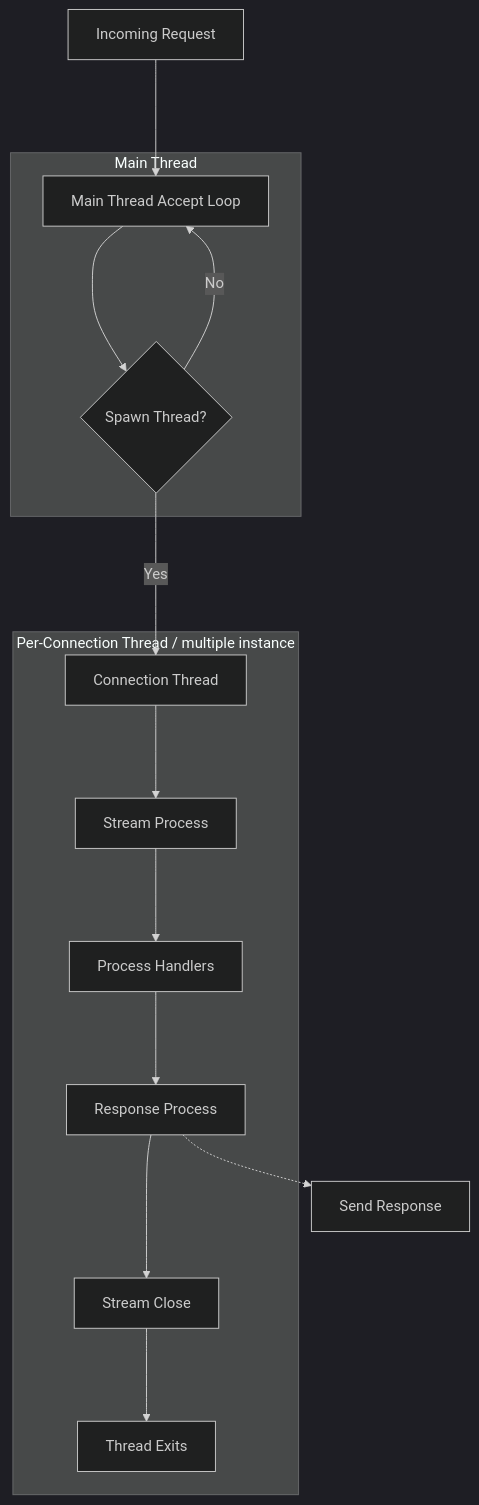
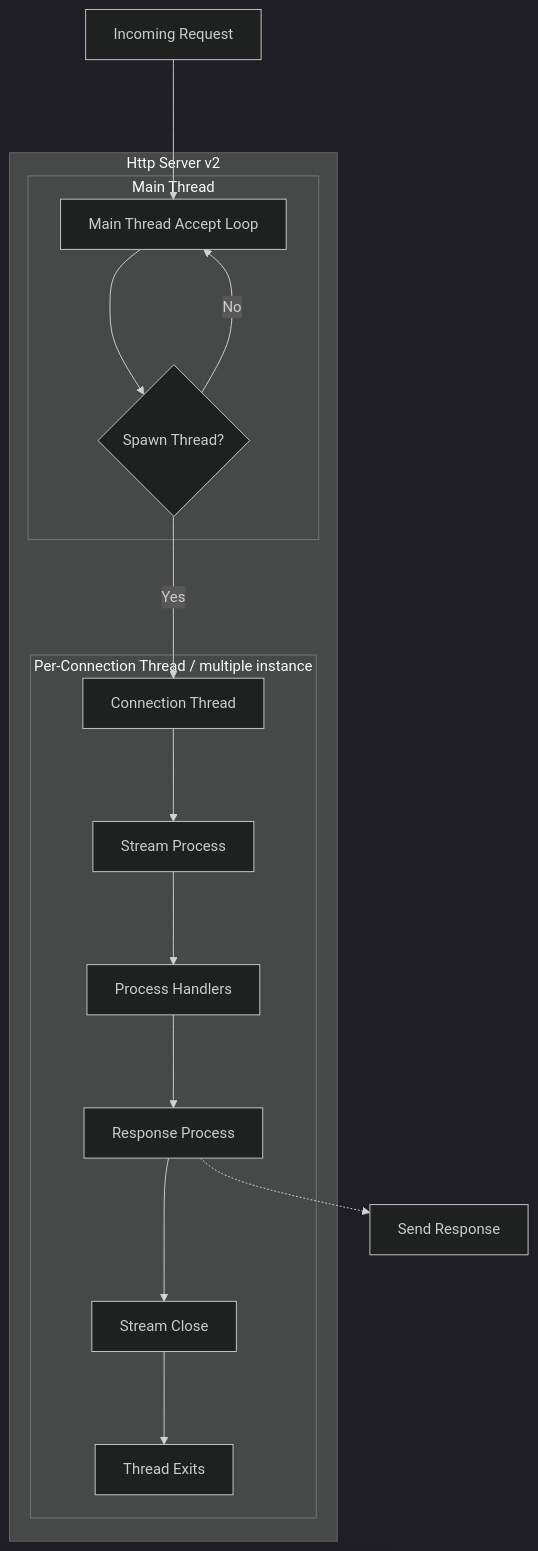
The second of 3 diagrams in README.md (prothegee/http-server-design-architect-in-zig), drawn with Mermaid (dark theme) before and after one commit. The commit also changed other lines of this file, not shown here.

````diff
--- a/README.md
+++ b/README.md
@@ -89,39 +114,44 @@
 ```mermaid
 graph TD
 
 A[Incoming Request]
 B[Main Thread Accept Loop]
 C{Spawn Thread?}
 D[Connection Thread]
 E[Stream Process]
 F[Process Handlers]
 G[Response Process]
 H[Stream Close]
 I[Thread Exits]
 J[Send Response]
 
 A--->B
 B--->C
 C--->|No|B
 C--->|Yes|D
 D--->E
 E--->F
 F--->G
 G--->H
 G-.->J
 H--->I
 
+subgraph HttpServeV2[Http Server v2]
+    MainThread
+    ConnectionThread
+end
+
 subgraph MainThread[Main Thread]
     B
     C
 end
 
 subgraph ConnectionThread[Per-Connection Thread / multiple instance]
     D
     E
     F
     G
     H
     I
 end
 ```
````
